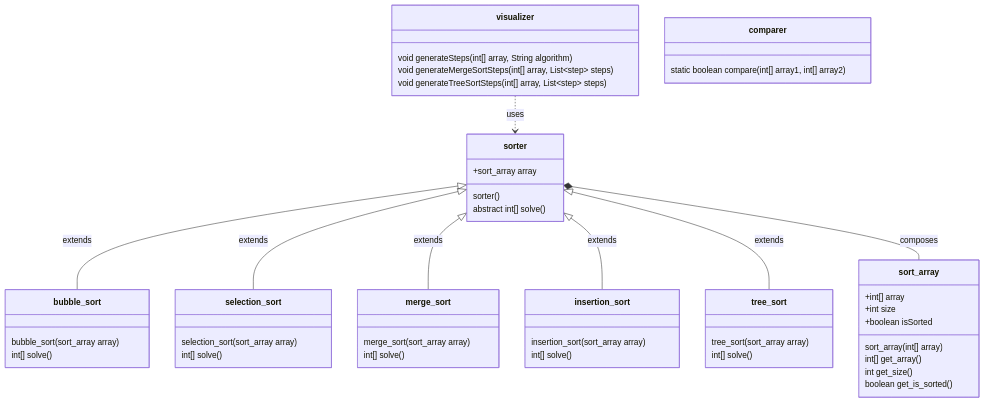
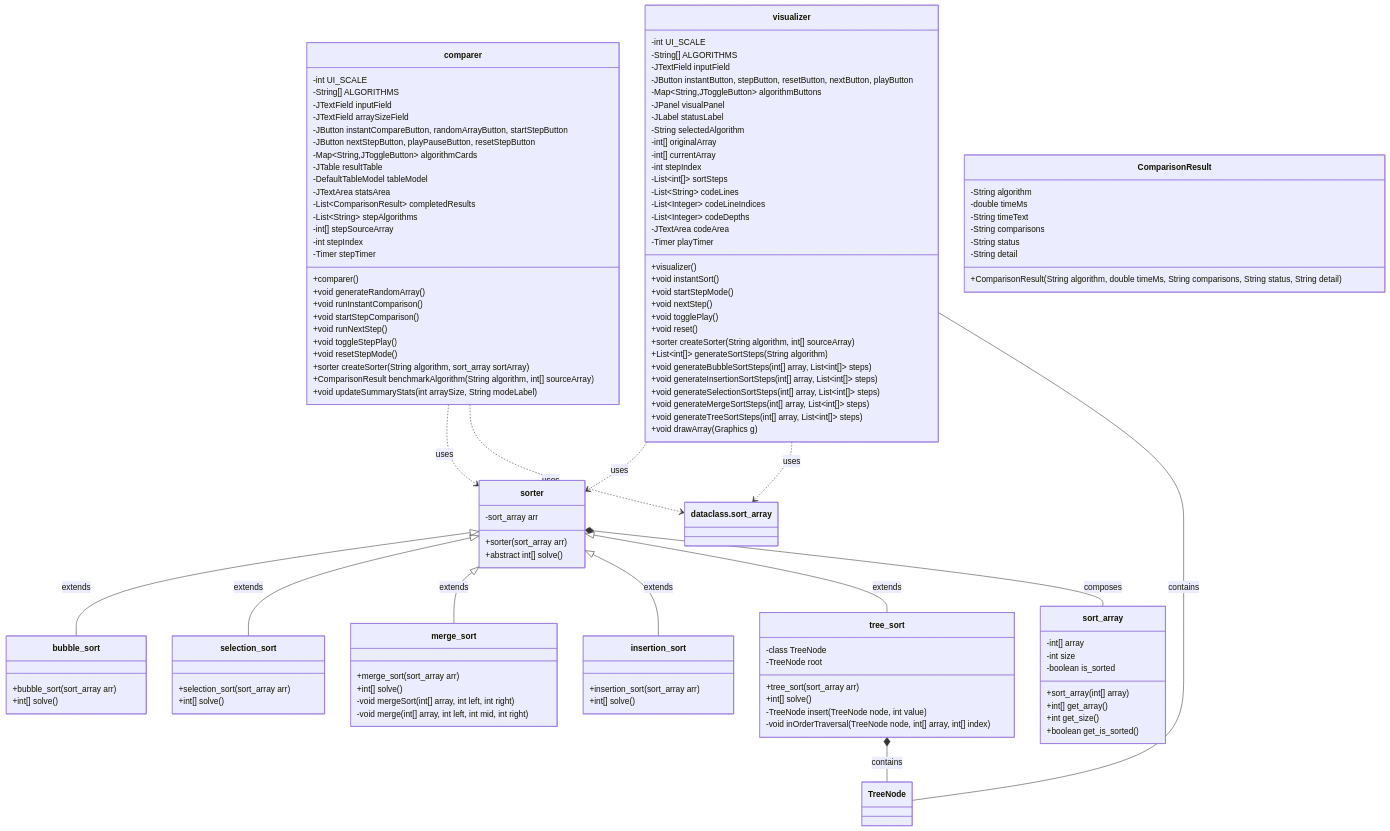
One commit to ChecksMc/School_OOP_project changed the diagram in Klassendiagram.md. Above: the diagram before and after it, drawn with Mermaid.

Commit message:
make classdiagram

````diff
--- a/Klassendiagram.md
+++ b/Klassendiagram.md
@@ -1,55 +1,136 @@
 ```mermaid
 classDiagram
 direction TB
+
     class visualizer {
-        void generateSteps(int[] array, String algorithm)
-        void generateMergeSortSteps(int[] array, List~step~ steps)
-        void generateTreeSortSteps(int[] array, List~step~ steps)
+        -int UI_SCALE
+        -String[] ALGORITHMS
+        -JTextField inputField
+        -JButton instantButton, stepButton, resetButton, nextButton, playButton
+        -Map~String,JToggleButton~ algorithmButtons
+        -JPanel visualPanel
+        -JLabel statusLabel
+        -String selectedAlgorithm
+        -int[] originalArray
+        -int[] currentArray
+        -int stepIndex
+        -List~int[]~ sortSteps
+        -List~String~ codeLines
+        -List~Integer~ codeLineIndices
+        -List~Integer~ codeDepths
+        -JTextArea codeArea
+        -Timer playTimer
+        +visualizer()
+        +void instantSort()
+        +void startStepMode()
+        +void nextStep()
+        +void togglePlay()
+        +void reset()
+        +sorter createSorter(String algorithm, int[] sourceArray)
+        +List~int[]~ generateSortSteps(String algorithm)
+        +void generateBubbleSortSteps(int[] array, List~int[]~ steps)
+        +void generateInsertionSortSteps(int[] array, List~int[]~ steps)
+        +void generateSelectionSortSteps(int[] array, List~int[]~ steps)
+        +void generateMergeSortSteps(int[] array, List~int[]~ steps)
+        +void generateTreeSortSteps(int[] array, List~int[]~ steps)
+        +void drawArray(Graphics g)
     }
+
     class sort_array {
-        +int[] array
-        +int size
-        +boolean isSorted
-        sort_array(int[] array)
-        int[] get_array()
-        int get_size()
-        boolean get_is_sorted()
+        -int[] array
+        -int size
+        -boolean is_sorted
+        +sort_array(int[] array)
+        +int[] get_array()
+        +int get_size()
+        +boolean get_is_sorted()
     }
+
     class sorter {
-        +sort_array array
-        sorter()
-        abstract int[] solve()
+        -sort_array arr
+        +sorter(sort_array arr)
+        +abstract int[] solve()
     }
+
     class bubble_sort {
-        bubble_sort(sort_array array)
-        int[] solve()
+        +bubble_sort(sort_array arr)
+        +int[] solve()
     }
+
     class selection_sort {
-        selection_sort(sort_array array)
-        int[] solve()
+        +selection_sort(sort_array arr)
+        +int[] solve()
     }
+
     class merge_sort {
-        merge_sort(sort_array array)
-        int[] solve()
+        +merge_sort(sort_array arr)
+        +int[] solve()
+        -void mergeSort(int[] array, int left, int right)
+        -void merge(int[] array, int left, int mid, int right)
     }
+
     class insertion_sort {
-        insertion_sort(sort_array array)
-        int[] solve()
+        +insertion_sort(sort_array arr)
+        +int[] solve()
     }
+
     class tree_sort {
-        tree_sort(sort_array array)
-        int[] solve()
+        +tree_sort(sort_array arr)
+        +int[] solve()
+        -class TreeNode
+        -TreeNode root
+        -TreeNode insert(TreeNode node, int value)
+        -void inOrderTraversal(TreeNode node, int[] array, int[] index)
     }
 
     class comparer {
-        static boolean compare(int[] array1, int[] array2)
+        -int UI_SCALE
+        -String[] ALGORITHMS
+        -JTextField inputField
+        -JTextField arraySizeField
+        -JButton instantCompareButton, randomArrayButton, startStepButton
+        -JButton nextStepButton, playPauseButton, resetStepButton
+        -Map~String,JToggleButton~ algorithmCards
+        -JTable resultTable
+        -DefaultTableModel tableModel
+        -JTextArea statsArea
+        -List~ComparisonResult~ completedResults
+        -List~String~ stepAlgorithms
+        -int[] stepSourceArray
+        -int stepIndex
+        -Timer stepTimer
+        +comparer()
+        +void generateRandomArray()
+        +void runInstantComparison()
+        +void startStepComparison()
+        +void runNextStep()
+        +void toggleStepPlay()
+        +void resetStepMode()
+        +sorter createSorter(String algorithm, sort_array sortArray)
+        +ComparisonResult benchmarkAlgorithm(String algorithm, int[] sourceArray)
+        +void updateSummaryStats(int arraySize, String modeLabel)
+    }
+
+    class ComparisonResult {
+        -String algorithm
+        -double timeMs
+        -String timeText
+        -String comparisons
+        -String status
+        -String detail
+        +ComparisonResult(String algorithm, double timeMs, String comparisons, String status, String detail)
     }
 
     sorter <|-- bubble_sort : extends
     sorter <|-- selection_sort : extends
-    sorter <|-- merge_sort : extends  
+    sorter <|-- merge_sort : extends
     sorter <|-- insertion_sort : extends
     sorter <|-- tree_sort : extends
     sorter *-- sort_array : composes
     visualizer ..> sorter : uses
+    comparer ..> sorter : uses
+    comparer ..> dataclass.sort_array : uses
+    visualizer ..> dataclass.sort_array : uses
+    visualizer -- TreeNode : contains
+    tree_sort *-- TreeNode : contains
 ```
````
